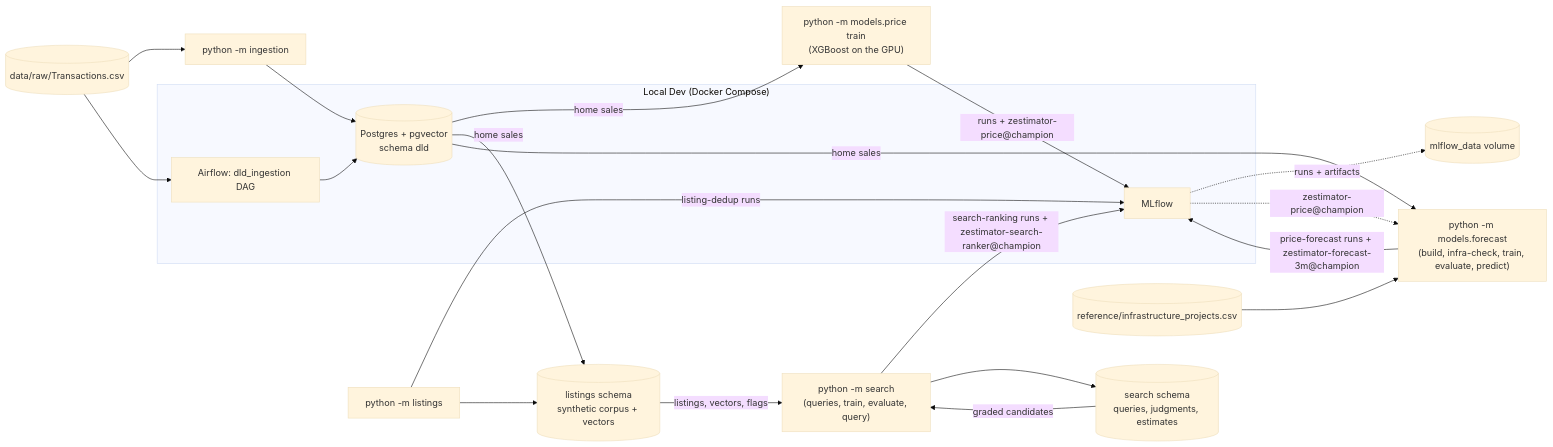
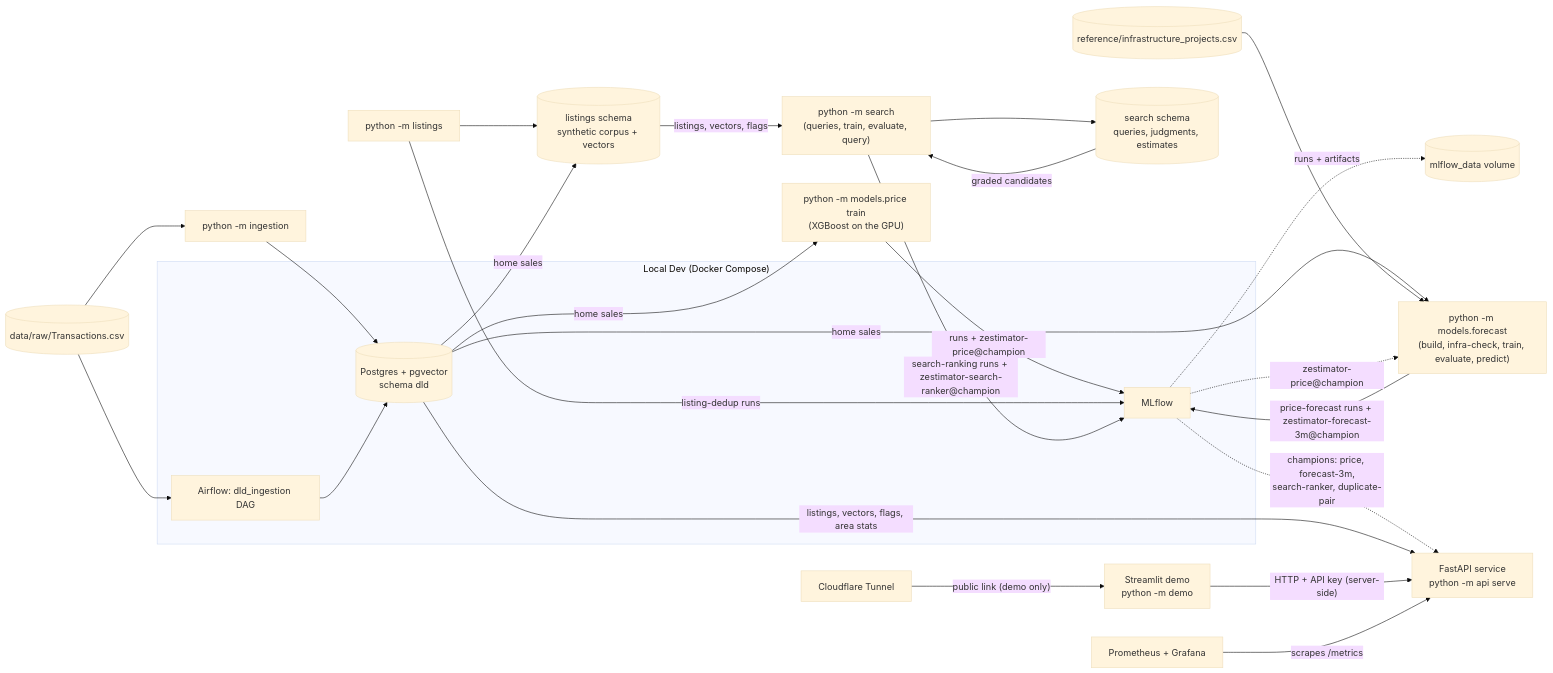
One commit to chiragn28/Dubimator changed the diagram in README.md. Above: the diagram before and after it, drawn with Mermaid (base theme). The commit also changed other lines of this file, not shown here.

Commit message:
docs: README API and Demo sections with the real smoke and live runs

````diff
--- a/README.md
+++ b/README.md
@@ -14,34 +14,43 @@
 ```mermaid
 graph LR
     CSV[("data/raw/Transactions.csv")]
     CLI["python -m ingestion"]
     subgraph "Local Dev (Docker Compose)"
         AF[Airflow: dld_ingestion DAG]
         PG[(Postgres + pgvector<br/>schema dld)]
         ML[MLflow]
     end
     MLRUNS[("mlflow_data volume")]
     CSV --> CLI --> PG
     CSV --> AF --> PG
     ML -.->|"runs + artifacts"| MLRUNS
     TRAIN["python -m models.price train<br/>(XGBoost on the GPU)"]
     PG -->|"home sales"| TRAIN
     TRAIN -->|"runs + zestimator-price@champion"| ML
     LCLI["python -m listings"]
     LISTINGS[("listings schema<br/>synthetic corpus + vectors")]
     PG -->|"home sales"| LISTINGS
     LCLI --> LISTINGS
     LCLI -->|"listing-dedup runs"| ML
     SCLI["python -m search<br/>(queries, train, evaluate, query)"]
     SEARCH[("search schema<br/>queries, judgments, estimates")]
     LISTINGS -->|"listings, vectors, flags"| SCLI
     SCLI --> SEARCH
     SEARCH -->|"graded candidates"| SCLI
     SCLI -->|"search-ranking runs + zestimator-search-ranker@champion"| ML
     FCLI["python -m models.forecast<br/>(build, infra-check, train, evaluate, predict)"]
     INFRA[("reference/infrastructure_projects.csv")]
     PG -->|"home sales"| FCLI
     INFRA --> FCLI
     ML -.->|"zestimator-price@champion"| FCLI
     FCLI -->|"price-forecast runs + zestimator-forecast-3m@champion"| ML
+    API["FastAPI service<br/>python -m api serve"]
+    ML -.->|"champions: price, forecast-3m,<br/>search-ranker, duplicate-pair"| API
+    PG -->|"listings, vectors, flags, area stats"| API
+    DEMO["Streamlit demo<br/>python -m demo"]
+    DEMO -->|"HTTP + API key (server-side)"| API
+    PROM[Prometheus + Grafana]
+    PROM -->|"scrapes /metrics"| API
+    TUN[Cloudflare Tunnel]
+    TUN -->|"public link (demo only)"| DEMO
 ```
````
